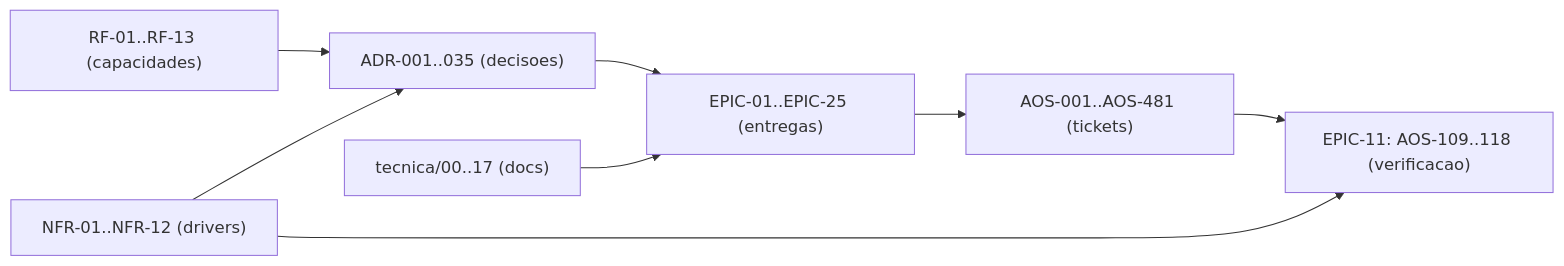
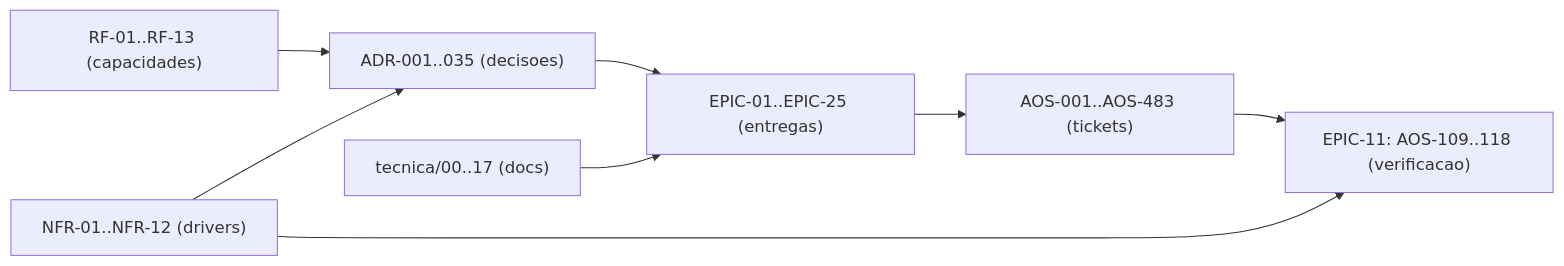
Before and after one commit to albinoJimy/aos: the diagram in tecnica/16_Rastreabilidade_RTM.md, drawn with Mermaid. The commit also changed other lines of this file and 1 other file, not shown here.

First line of the commit message:
docs(AOS-482): abre o AOS-482 e o AOS-483, achados da revisão do AOS-477

````diff
--- a/tecnica/16_Rastreabilidade_RTM.md
+++ b/tecnica/16_Rastreabilidade_RTM.md
@@ -202,10 +202,10 @@
 ```mermaid
 flowchart LR
     RF["RF-01..RF-13 (capacidades)"] --> ADR["ADR-001..035 (decisoes)"]
     NFR["NFR-01..NFR-12 (drivers)"] --> ADR
     ADR --> EPIC["EPIC-01..EPIC-25 (entregas)"]
-    EPIC --> TICK["AOS-001..AOS-481 (tickets)"]
+    EPIC --> TICK["AOS-001..AOS-483 (tickets)"]
     DOC["tecnica/00..17 (docs)"] --> EPIC
     TICK --> TEST["EPIC-11: AOS-109..118 (verificacao)"]
     NFR --> TEST
 ```
````
